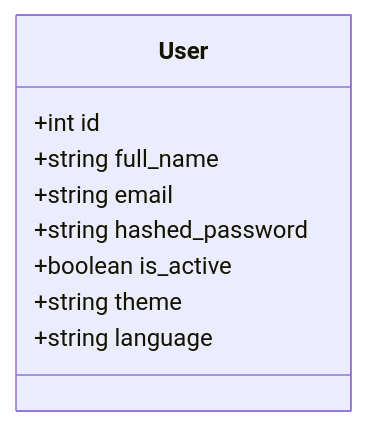
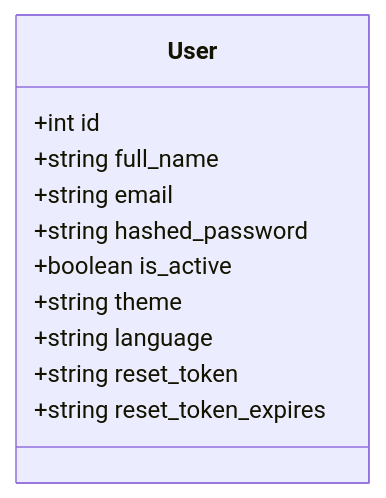
One commit to vinhle-HCMUT/MuseAmigo_API changed the tenth of 11 diagrams in .qoder/repowiki/en/content/API Reference/Authentication Endpoints.md. Above: the diagram before and after it, drawn with Mermaid. The commit also changed other lines of this file and 5 other files, not shown here.

````diff
--- a/.qoder/repowiki/en/content/API Reference/Authentication Endpoints.md
+++ b/.qoder/repowiki/en/content/API Reference/Authentication Endpoints.md
@@ -255,12 +432,14 @@
 ```mermaid
 classDiagram
 class User {
 +int id
 +string full_name
 +string email
 +string hashed_password
 +boolean is_active
 +string theme
 +string language
++string reset_token
++string reset_token_expires
 }
 ```
````
